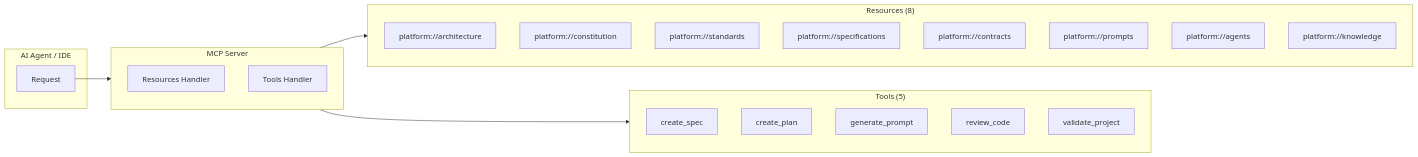
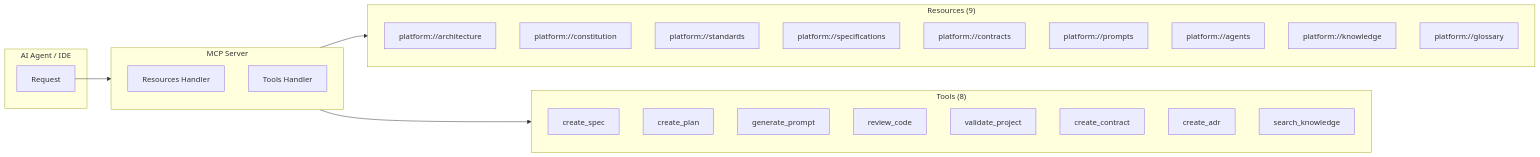
The fifth of 6 diagrams in architecture/diagrams/platform-diagrams.md (zequinha-taveira/engineering-platform), drawn with Mermaid before and after one commit. The commit also changed other lines of this file and 1 other file, not shown here.

Commit message:
docs: add architectural documentation and system diagrams for the engineering platform

````diff
--- a/architecture/diagrams/platform-diagrams.md
+++ b/architecture/diagrams/platform-diagrams.md
@@ -115,35 +175,39 @@
 ```mermaid
 graph LR
     subgraph Client["AI Agent / IDE"]
         REQ["Request"]
     end
 
     subgraph MCP["MCP Server"]
         direction TB
         RES["Resources Handler"]
         TOOLS["Tools Handler"]
     end
 
-    subgraph Resources["Resources (8)"]
+    subgraph Resources["Resources (9)"]
         R1["platform://architecture"]
         R2["platform://constitution"]
         R3["platform://standards"]
         R4["platform://specifications"]
         R5["platform://contracts"]
         R6["platform://prompts"]
         R7["platform://agents"]
         R8["platform://knowledge"]
+        R9["platform://glossary"]
     end
 
-    subgraph Tools["Tools (5)"]
+    subgraph Tools["Tools (8)"]
         T1["create_spec"]
         T2["create_plan"]
         T3["generate_prompt"]
         T4["review_code"]
         T5["validate_project"]
+        T6["create_contract"]
+        T7["create_adr"]
+        T8["search_knowledge"]
     end
 
     REQ --> MCP
     RES --> Resources
     TOOLS --> Tools
 ```
````
